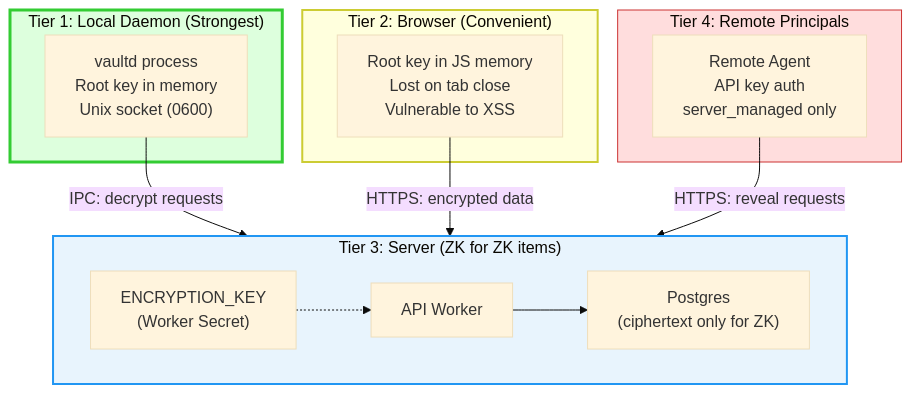
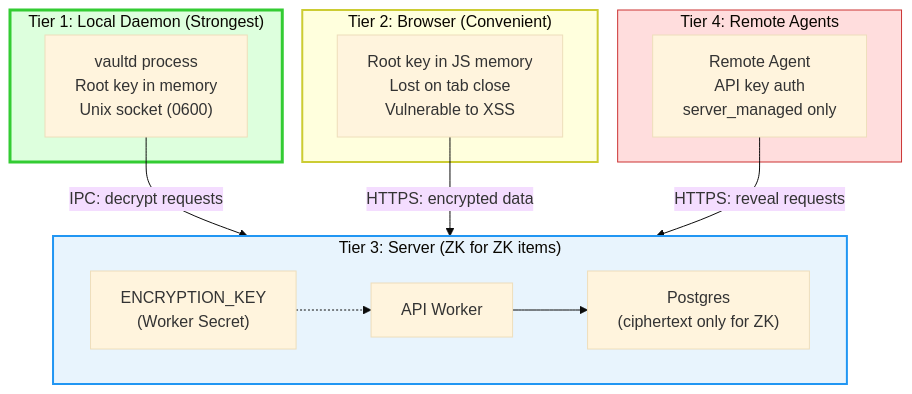
The first of 2 diagrams in docs/THREAT_MODEL.md (punitarani/abadge), drawn with Mermaid (base theme) before and after one commit. The commit also changed other lines of this file and 58 other files, not shown here.

Commit message:
Rename public principals and grants to agents and permissions

````diff
--- a/docs/THREAT_MODEL.md
+++ b/docs/THREAT_MODEL.md
@@ -5,31 +5,31 @@
 ```mermaid
 flowchart TB
   subgraph T1["Tier 1: Local Daemon (Strongest)"]
     Daemon["vaultd process<br/>Root key in memory<br/>Unix socket (0600)"]
   end
 
   subgraph T2["Tier 2: Browser (Convenient)"]
     Browser["Root key in JS memory<br/>Lost on tab close<br/>Vulnerable to XSS"]
   end
 
   subgraph T3["Tier 3: Server (ZK for ZK items)"]
     API["API Worker"]
     DB["Postgres<br/>(ciphertext only for ZK)"]
     EK["ENCRYPTION_KEY<br/>(Worker Secret)"]
   end
 
-  subgraph T4["Tier 4: Remote Principals"]
+  subgraph T4["Tier 4: Remote Agents"]
     Agent["Remote Agent<br/>API key auth<br/>server_managed only"]
   end
 
   Daemon -->|IPC: decrypt requests| T3
   Browser -->|HTTPS: encrypted data| T3
   Agent -->|HTTPS: reveal requests| T3
   API --> DB
   EK -.-> API
 
   style T1 fill:#dfd,stroke:#3c3,stroke-width:3px
   style T2 fill:#ffd,stroke:#cc3,stroke-width:2px
   style T3 fill:#e8f4fd,stroke:#2196F3,stroke-width:2px
   style T4 fill:#fdd,stroke:#c33,stroke-width:1px
 ```
````
